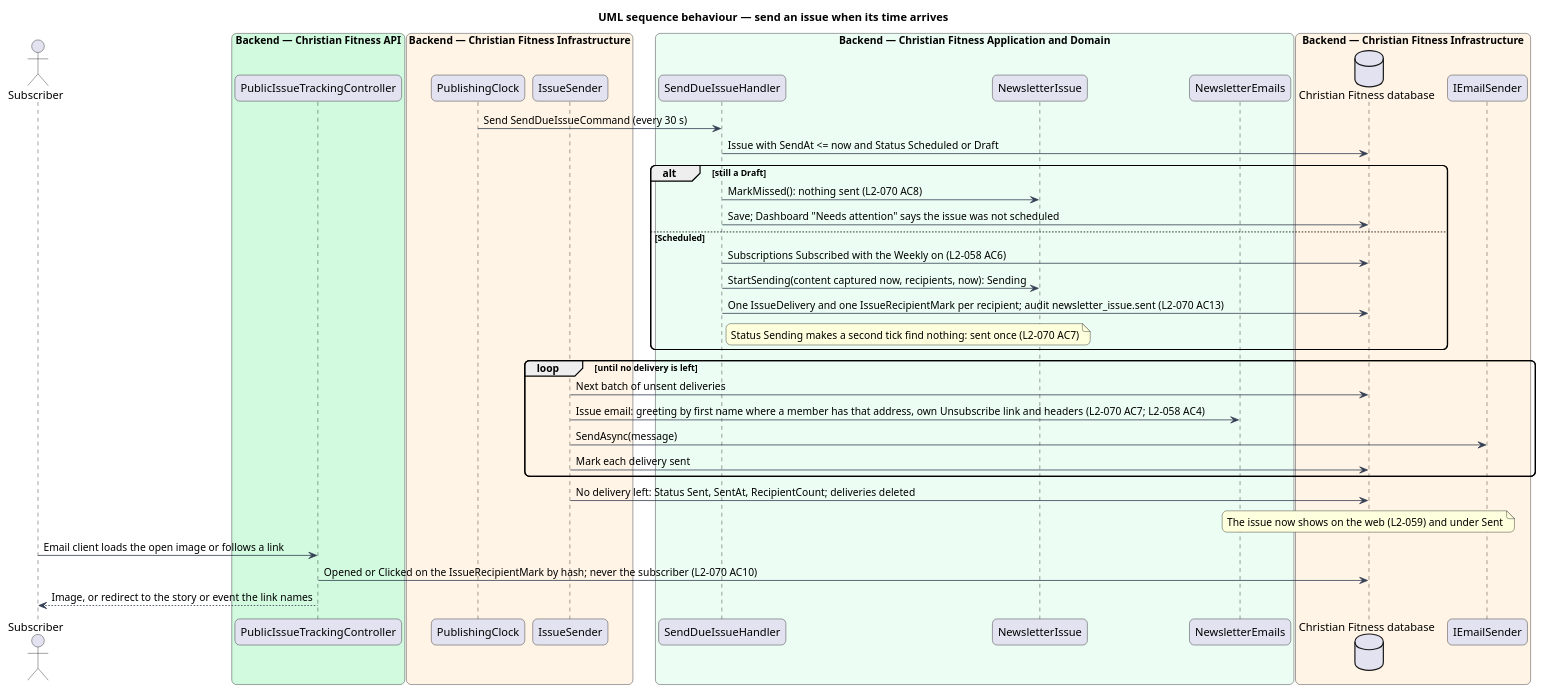
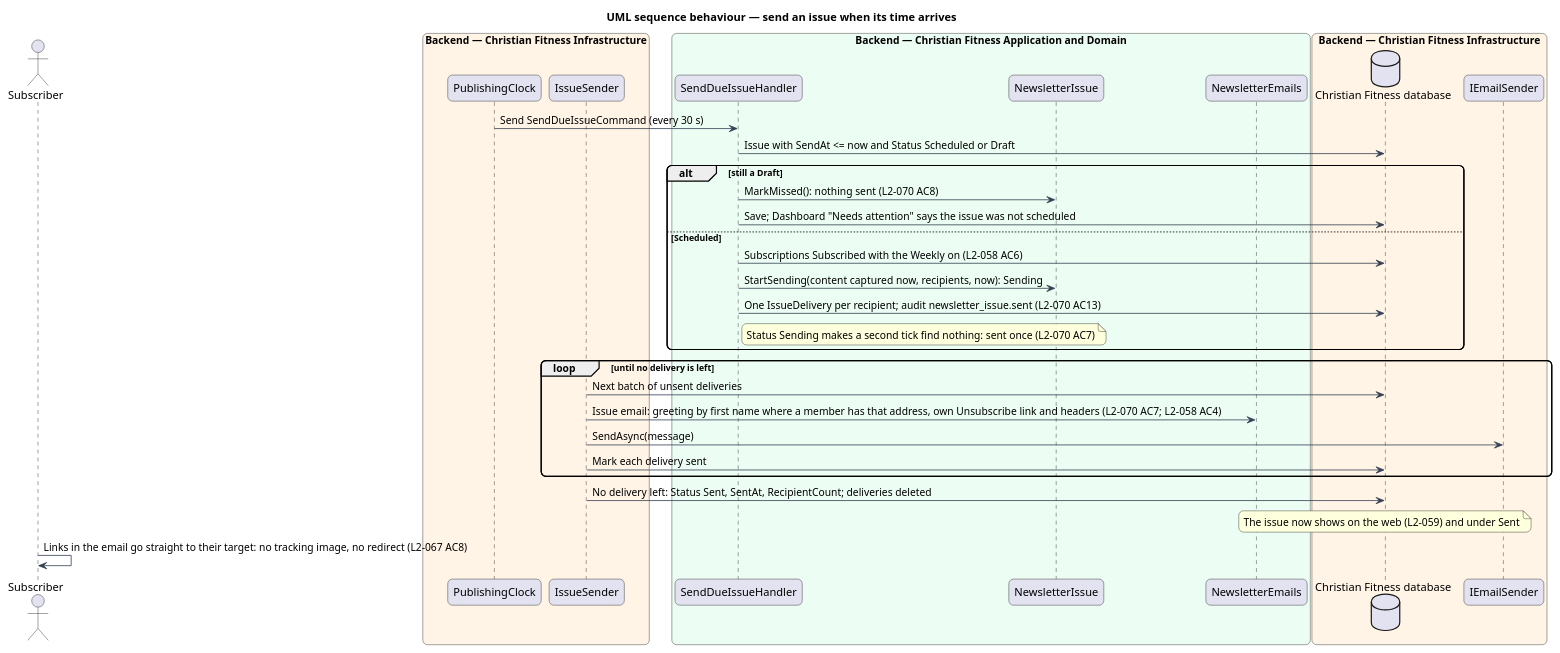
One commit to QuinntyneBrown/christian-fitness changed the diagram in docs/detailed-designs/publishing/build-and-schedule-newsletter/diagrams/sequence-send-issue.puml. Above: the diagram before and after it, drawn with PlantUML. The commit also changed 41 other files, not shown here.

```diff
--- a/docs/detailed-designs/publishing/build-and-schedule-newsletter/diagrams/sequence-send-issue.puml
+++ b/docs/detailed-designs/publishing/build-and-schedule-newsletter/diagrams/sequence-send-issue.puml
@@ -1,47 +1,44 @@
 @startuml
 title UML sequence behaviour — send an issue when its time arrives
 skinparam backgroundColor #FFFFFF
 skinparam shadowing false
 skinparam roundcorner 12
 skinparam defaultFontName Arial
 skinparam ArrowColor #344054
 actor "Subscriber" as actor
 box "Backend — Christian Fitness API" #D1FADF
-  participant "PublicIssueTrackingController" as track
 end box
 box "Backend — Christian Fitness Infrastructure" #FFF4E5
   participant "PublishingClock" as clock
   participant "IssueSender" as sender
 end box
 box "Backend — Christian Fitness Application and Domain" #ECFDF3
   participant "SendDueIssueHandler" as h
   participant "NewsletterIssue" as issue
   participant "NewsletterEmails" as mails
 end box
 box "Backend — Christian Fitness Infrastructure" #FFF4E5
   database "Christian Fitness database" as db
   participant "IEmailSender" as mail
 end box
 clock -> h : Send SendDueIssueCommand (every 30 s)
 h -> db : Issue with SendAt <= now and Status Scheduled or Draft
 alt still a Draft
   h -> issue : MarkMissed(): nothing sent (L2-070 AC8)
   h -> db : Save; Dashboard "Needs attention" says the issue was not scheduled
 else Scheduled
   h -> db : Subscriptions Subscribed with the Weekly on (L2-058 AC6)
   h -> issue : StartSending(content captured now, recipients, now): Sending
-  h -> db : One IssueDelivery and one IssueRecipientMark per recipient; audit newsletter_issue.sent (L2-070 AC13)
+  h -> db : One IssueDelivery per recipient; audit newsletter_issue.sent (L2-070 AC13)
   note right of h : Status Sending makes a second tick find nothing: sent once (L2-070 AC7)
 end
 loop until no delivery is left
   sender -> db : Next batch of unsent deliveries
   sender -> mails : Issue email: greeting by first name where a member has that address, own Unsubscribe link and headers (L2-070 AC7; L2-058 AC4)
   sender -> mail : SendAsync(message)
   sender -> db : Mark each delivery sent
 end
 sender -> db : No delivery left: Status Sent, SentAt, RecipientCount; deliveries deleted
 note over db : The issue now shows on the web (L2-059) and under Sent
-actor -> track : Email client loads the open image or follows a link
-track -> db : Opened or Clicked on the IssueRecipientMark by hash; never the subscriber (L2-070 AC10)
-track --> actor : Image, or redirect to the story or event the link names
+actor -> actor : Links in the email go straight to their target: no tracking image, no redirect (L2-067 AC8)
 @enduml
```
